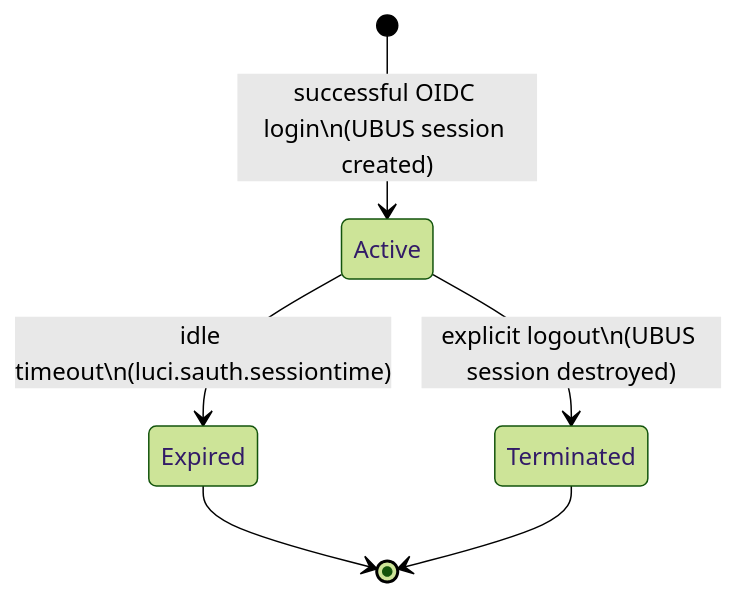
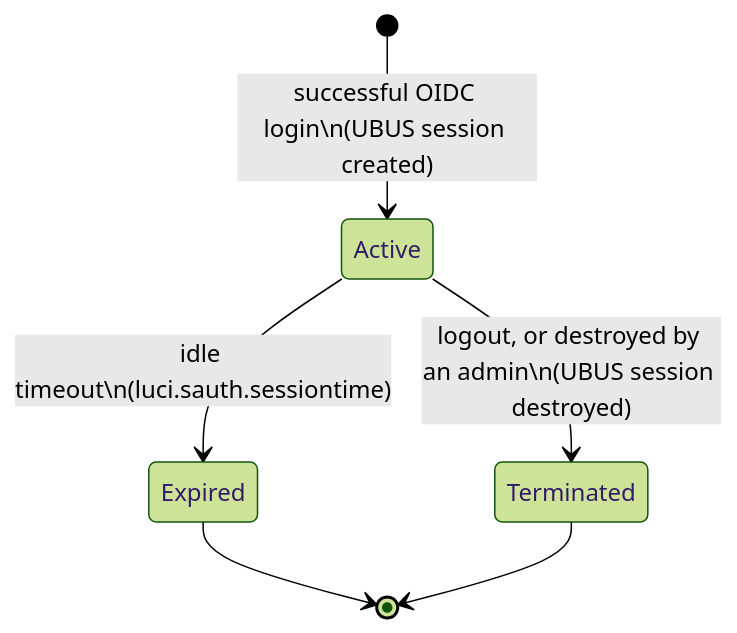
One commit to m00qek/luci-sso changed the diagram in docs/explanation/session-lifecycle.md. Above: the diagram before and after it, drawn with Mermaid (forest theme). The commit also changed other lines of this file and 7 other files, not shown here.

````diff
--- a/docs/explanation/session-lifecycle.md
+++ b/docs/explanation/session-lifecycle.md
@@ -5,8 +5,8 @@
 ```mermaid
 stateDiagram-v2
     [*] --> Active : successful OIDC login\n(UBUS session created)
     Active --> Expired : idle timeout\n(luci.sauth.sessiontime)
-    Active --> Terminated : explicit logout\n(UBUS session destroyed)
+    Active --> Terminated : logout, or destroyed by an admin\n(UBUS session destroyed)
     Expired --> [*]
     Terminated --> [*]
 ```
````
